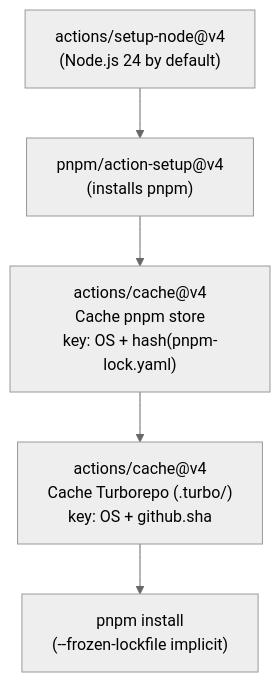
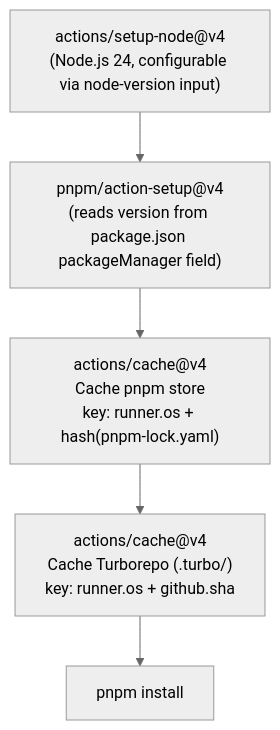
The fourth of 5 diagrams in apps/documentation/architecture/ci-cd.md (mathieusouflis/HETIC-projet-cinema), drawn with Mermaid (neutral theme) before and after one commit. The commit also changed other lines of this file, not shown here.

````diff
--- a/apps/documentation/architecture/ci-cd.md
+++ b/apps/documentation/architecture/ci-cd.md
@@ -85,10 +145,10 @@
 ```mermaid
 flowchart TD
-    A["actions/setup-node@v4\n(Node.js 24 by default)"]
-    B["pnpm/action-setup@v4\n(installs pnpm)"]
-    C["actions/cache@v4\nCache pnpm store\nkey: OS + hash(pnpm-lock.yaml)"]
-    D["actions/cache@v4\nCache Turborepo (.turbo/)\nkey: OS + github.sha"]
-    E["pnpm install\n(--frozen-lockfile implicit)"]
+    A["actions/setup-node@v4\n(Node.js 24, configurable via node-version input)"]
+    B["pnpm/action-setup@v4\n(reads version from package.json packageManager field)"]
+    C["actions/cache@v4\nCache pnpm store\nkey: runner.os + hash(pnpm-lock.yaml)"]
+    D["actions/cache@v4\nCache Turborepo (.turbo/)\nkey: runner.os + github.sha"]
+    E["pnpm install"]
 
     A --> B --> C --> D --> E
 ```
````
